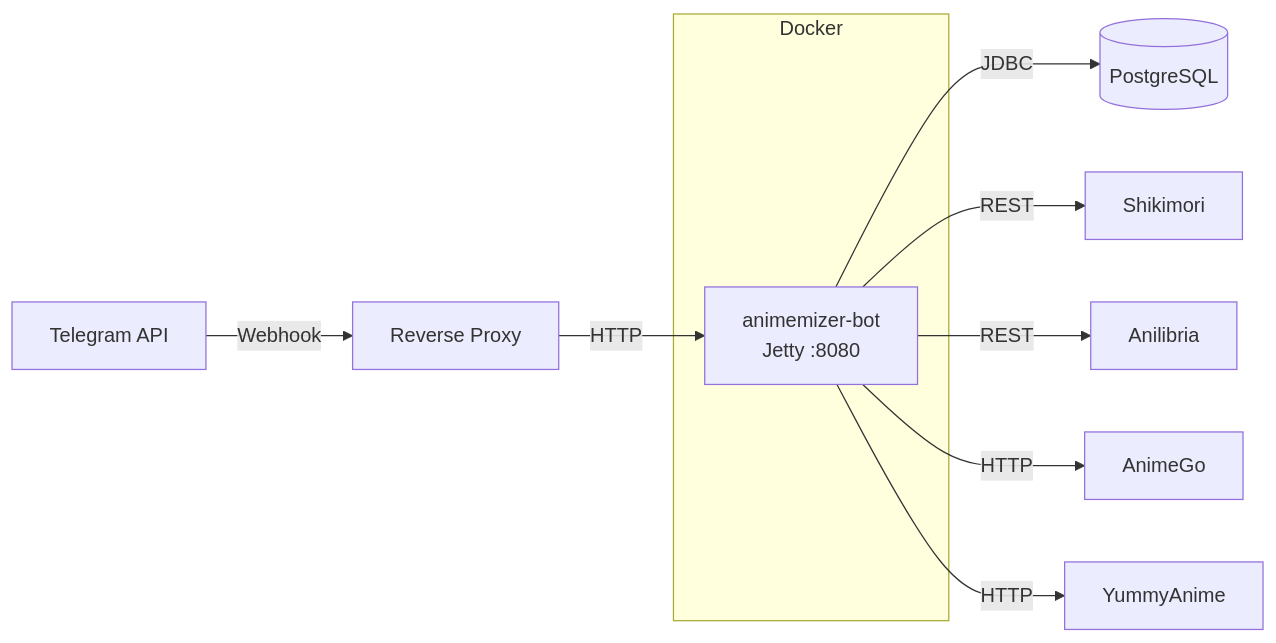
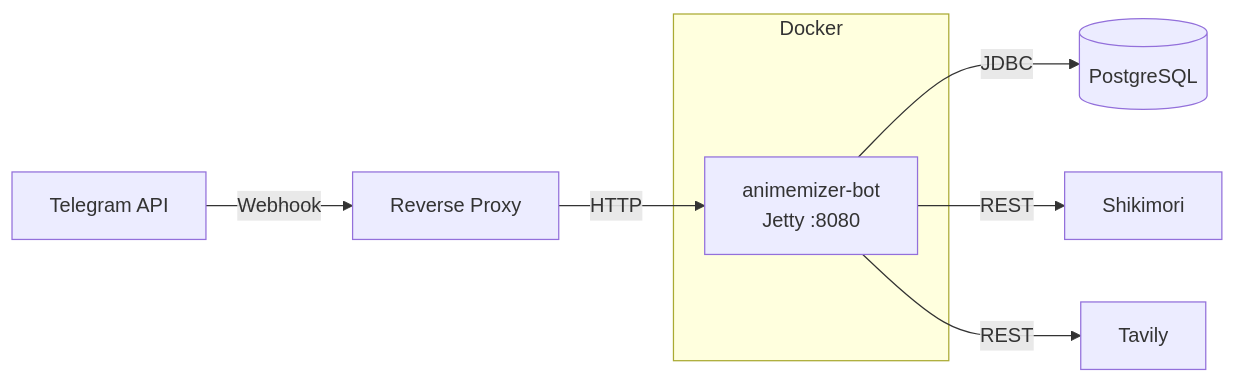
The third of 3 diagrams in README.md (ProZeroByte/animemizer-bot), drawn with Mermaid before and after one commit. The commit also changed other lines of this file and 43 other files, not shown here.

Commit message:
Add Tavily integration for watch link resolution and update Anime model

````diff
--- a/README.md
+++ b/README.md
@@ -184,14 +188,12 @@
 ```mermaid
 graph LR
     TG[Telegram API] -->|Webhook| RP[Reverse Proxy]
     RP -->|HTTP| BOT[animemizer-bot<br/>Jetty :8080]
     BOT -->|JDBC| PG[(PostgreSQL)]
     BOT -->|REST| SH[Shikimori]
-    BOT -->|REST| AL[Anilibria]
-    BOT -->|HTTP| AG[AnimeGo]
-    BOT -->|HTTP| YA[YummyAnime]
+    BOT -->|REST| TV[Tavily]
 
     subgraph Docker
         BOT
     end
 ```
````
